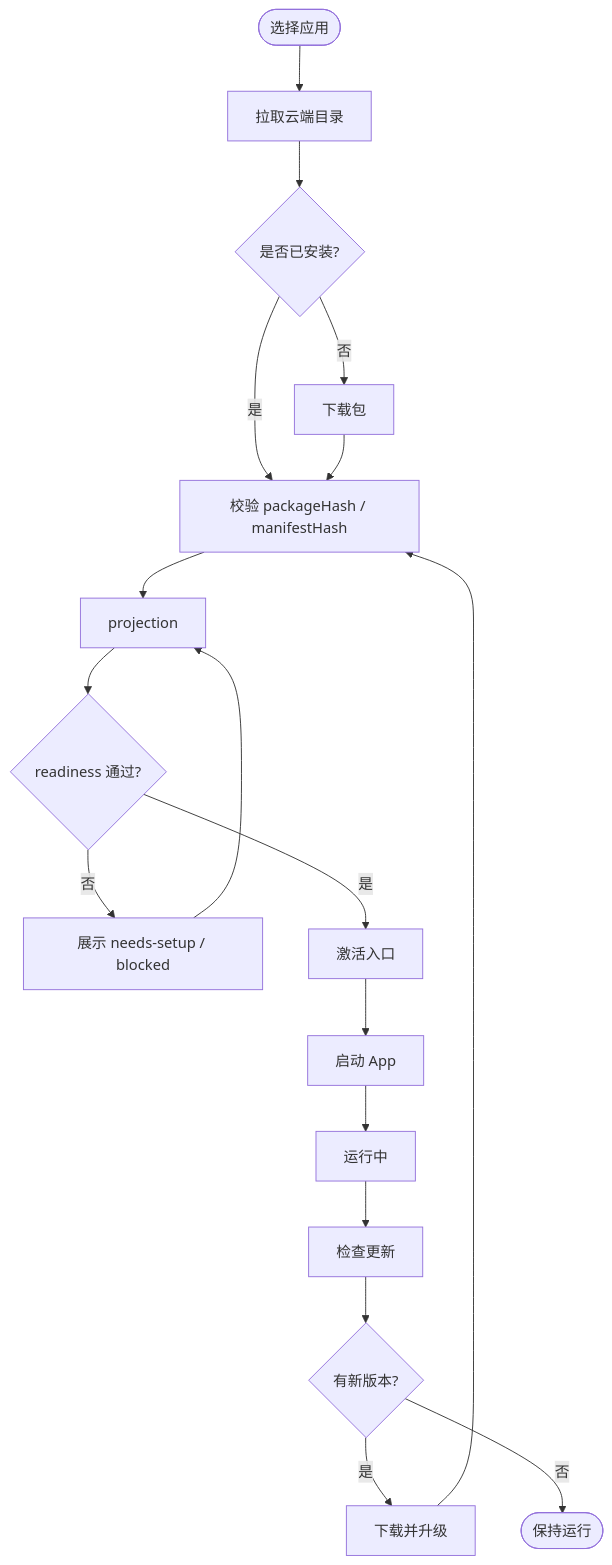
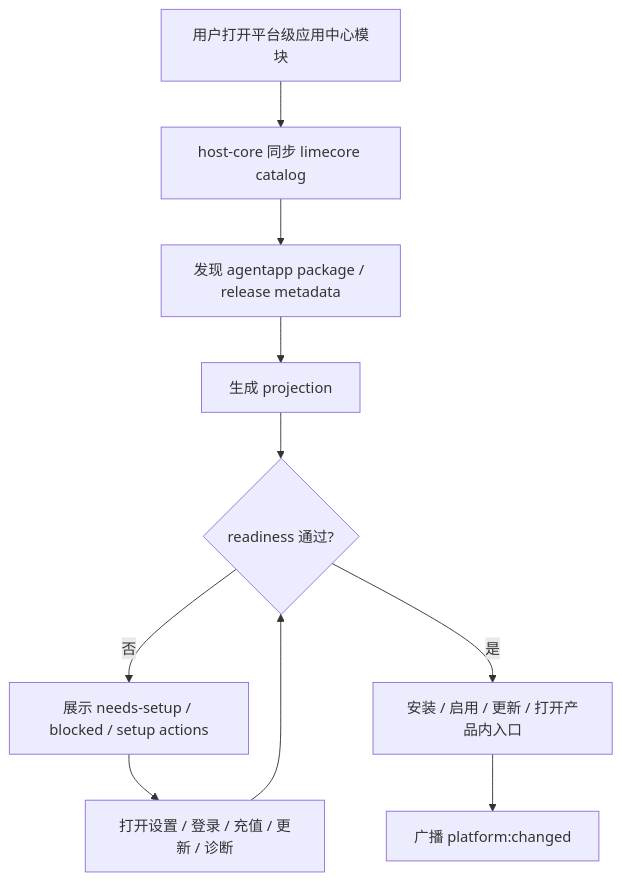
The sixth of 20 diagrams in docs/v1/architecture-diagrams.md (limecloud/lime-desktop-platform), drawn with Mermaid before and after one commit. The commit also changed other lines of this file and 85 other files, not shown here.

Commit message:
chore: release desktop platform v0.1.3

````diff
--- a/docs/v1/architecture-diagrams.md
+++ b/docs/v1/architecture-diagrams.md
@@ -107,20 +242,12 @@
 ```mermaid
 flowchart TD
-  Start([选择应用]) --> Catalog[拉取云端目录]
-  Catalog --> Download{是否已安装?}
-  Download -- 否 --> Fetch[下载包]
-  Download -- 是 --> Verify[校验 packageHash / manifestHash]
-  Fetch --> Verify
-  Verify --> Project[projection]
+  Open[用户打开平台级应用中心模块] --> Sync[host-core 同步 limecore catalog]
+  Sync --> Discover[发现 agentapp package / release metadata]
+  Discover --> Project[生成 projection]
   Project --> Ready{readiness 通过?}
-  Ready -- 否 --> Fix[展示 needs-setup / blocked]
-  Fix --> Project
-  Ready -- 是 --> Activate[激活入口]
-  Activate --> Launch[启动 App]
-  Launch --> Run[运行中]
-  Run --> UpdateCheck[检查更新]
-  UpdateCheck --> Update{有新版本?}
-  Update -- 是 --> Upgrade[下载并升级]
-  Update -- 否 --> End([保持运行])
-  Upgrade --> Verify
+  Ready -- 否 --> Setup[展示 needs-setup / blocked / setup actions]
+  Setup --> Intent[打开设置 / 登录 / 充值 / 更新 / 诊断]
+  Intent --> Ready
+  Ready -- 是 --> Action[安装 / 启用 / 更新 / 打开产品内入口]
+  Action --> Event[广播 platform:changed]
 ```
````
